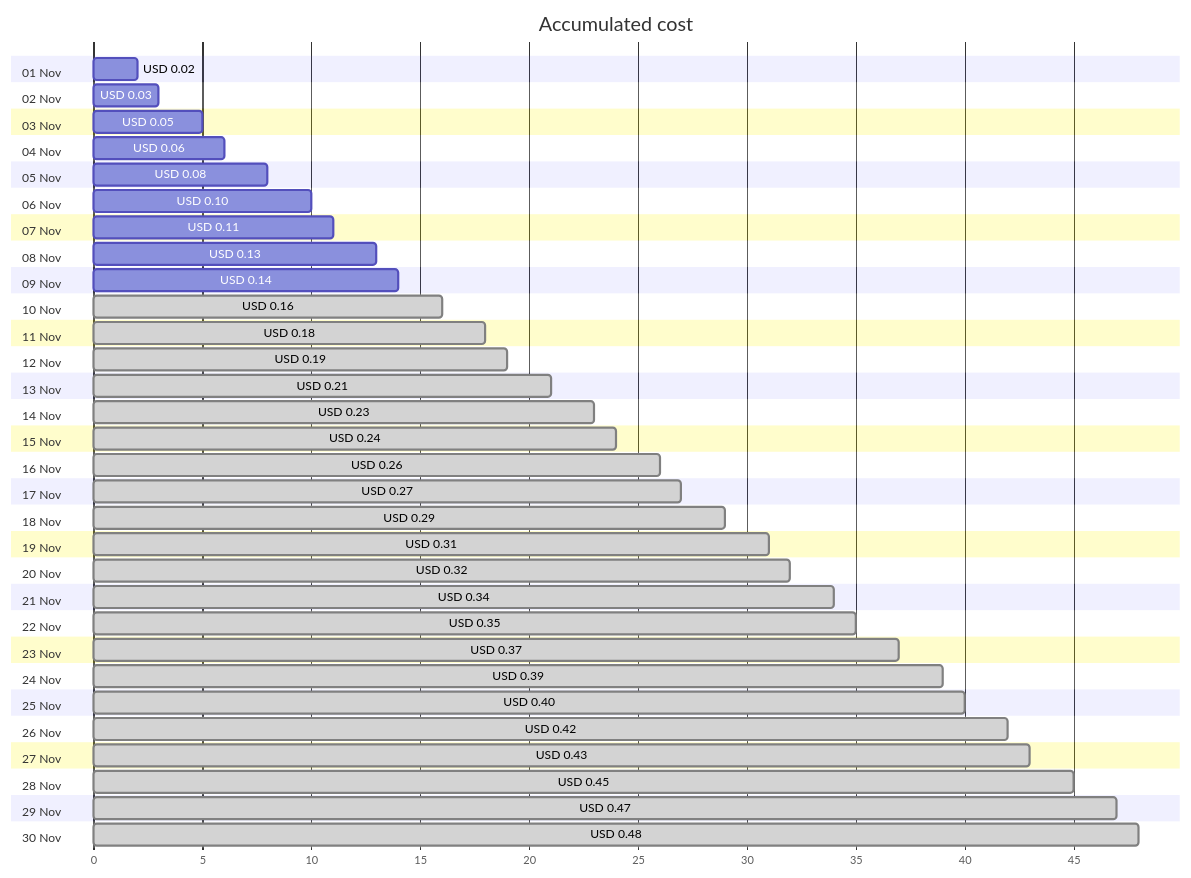
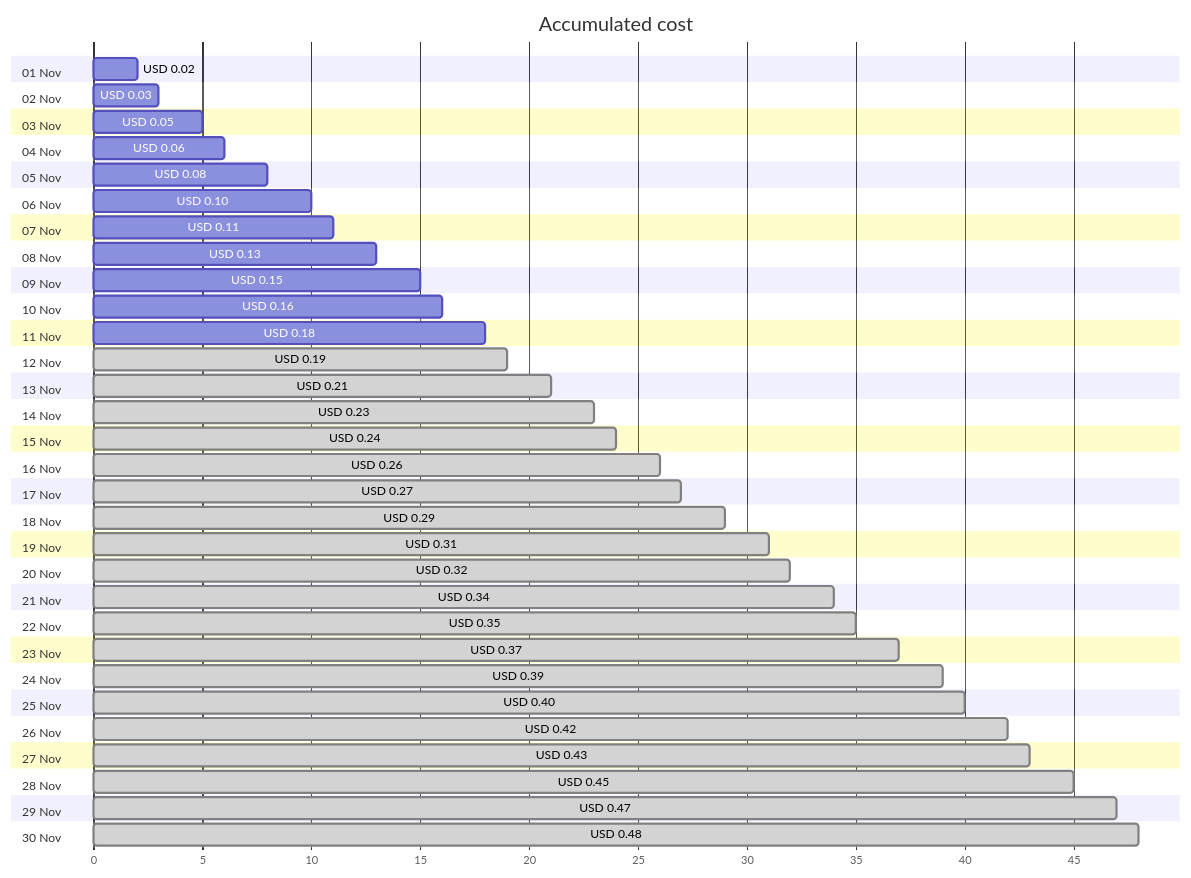
Before and after one commit to jpfulton/azure-personal-reports: the first of 4 diagrams in cost-reports/personal-network/private.jpatrickfulton.com.md, drawn with Mermaid. The commit also changed other lines of this file and 8 other files, not shown here.

````diff
--- a/cost-reports/personal-network/private.jpatrickfulton.com.md
+++ b/cost-reports/personal-network/private.jpatrickfulton.com.md
@@ -20,66 +20,66 @@
 ```mermaid
 gantt
    title Accumulated cost
    dateFormat  X
    axisFormat %s
    section 01 Nov
    USD 0.02 :0, 2
    section 02 Nov
    USD 0.03 :0, 3
    section 03 Nov
    USD 0.05 :0, 5
    section 04 Nov
    USD 0.06 :0, 6
    section 05 Nov
    USD 0.08 :0, 8
    section 06 Nov
    USD 0.10 :0, 10
    section 07 Nov
    USD 0.11 :0, 11
    section 08 Nov
    USD 0.13 :0, 13
    section 09 Nov
-   USD 0.14 :0, 14
+   USD 0.15 :0, 15
    section 10 Nov
-   USD 0.16 : done, 0, 16
+   USD 0.16 :0, 16
    section 11 Nov
-   USD 0.18 : done, 0, 18
+   USD 0.18 :0, 18
    section 12 Nov
    USD 0.19 : done, 0, 19
    section 13 Nov
    USD 0.21 : done, 0, 21
    section 14 Nov
    USD 0.23 : done, 0, 23
    section 15 Nov
    USD 0.24 : done, 0, 24
    section 16 Nov
    USD 0.26 : done, 0, 26
    section 17 Nov
    USD 0.27 : done, 0, 27
    section 18 Nov
    USD 0.29 : done, 0, 29
    section 19 Nov
    USD 0.31 : done, 0, 31
    section 20 Nov
    USD 0.32 : done, 0, 32
    section 21 Nov
    USD 0.34 : done, 0, 34
    section 22 Nov
    USD 0.35 : done, 0, 35
    section 23 Nov
    USD 0.37 : done, 0, 37
    section 24 Nov
    USD 0.39 : done, 0, 39
    section 25 Nov
    USD 0.40 : done, 0, 40
    section 26 Nov
    USD 0.42 : done, 0, 42
    section 27 Nov
    USD 0.43 : done, 0, 43
    section 28 Nov
    USD 0.45 : done, 0, 45
    section 29 Nov
    USD 0.47 : done, 0, 47
    section 30 Nov
    USD 0.48 : done, 0, 48
 ```
````
